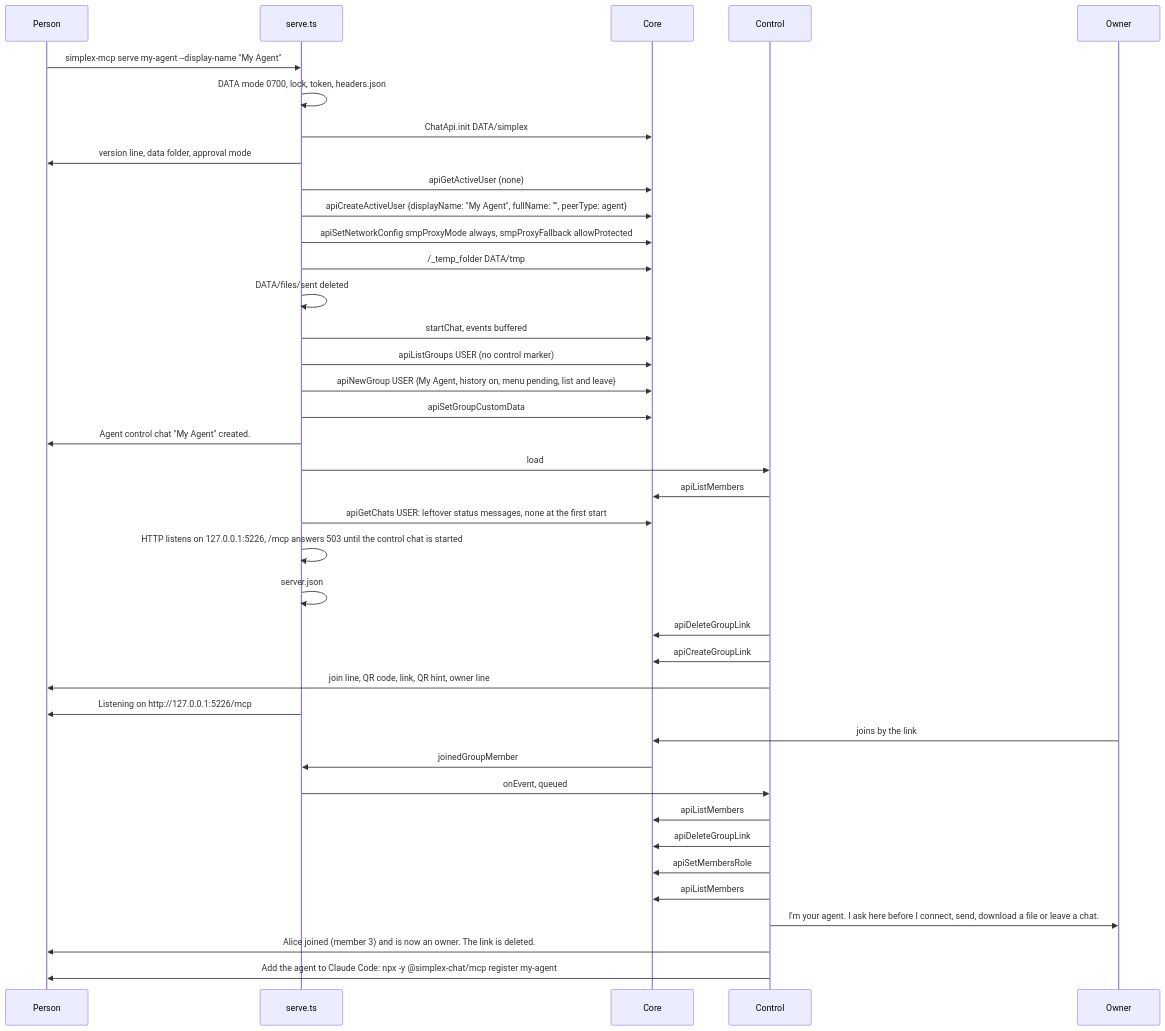
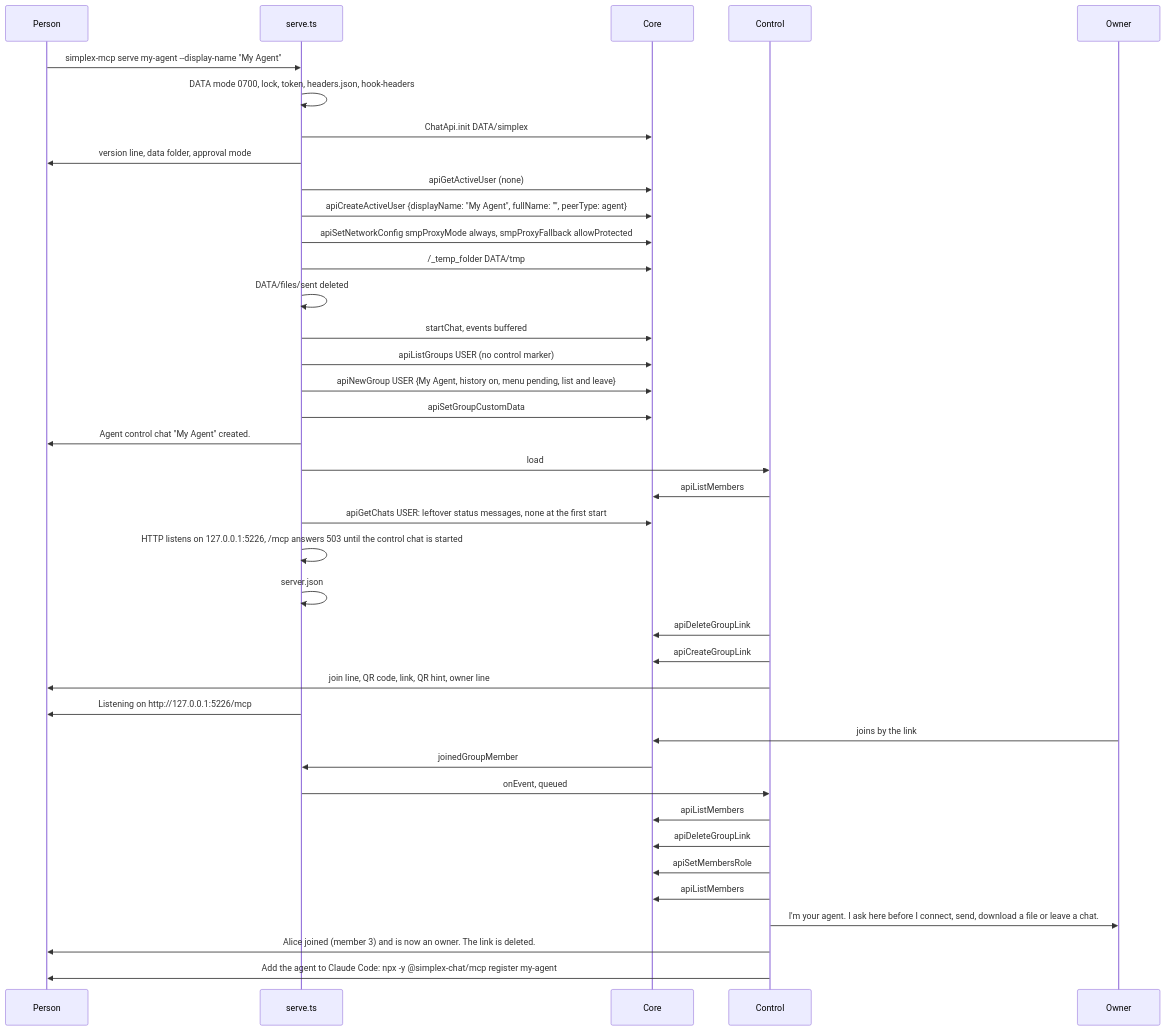
Before and after one commit to simplex-chat/simplex-chat: the first of 18 diagrams in packages/simplex-chat-mcp/spec/flows.md, drawn with Mermaid. The commit also changed other lines of this file and 7 other files, not shown here.

````diff
--- a/packages/simplex-chat-mcp/spec/flows.md
+++ b/packages/simplex-chat-mcp/spec/flows.md
@@ -51,41 +53,41 @@
 ```mermaid
 sequenceDiagram
   participant P as Person
   participant S as serve.ts
   participant C as Core
   participant K as Control
   participant O as Owner
   P->>S: simplex-mcp serve my-agent --display-name "My Agent"
-  S->>S: DATA mode 0700, lock, token, headers.json
+  S->>S: DATA mode 0700, lock, token, headers.json, hook-headers
   S->>C: ChatApi.init DATA/simplex
   S->>P: version line, data folder, approval mode
   S->>C: apiGetActiveUser (none)
   S->>C: apiCreateActiveUser {displayName: "My Agent", fullName: "", peerType: agent}
   S->>C: apiSetNetworkConfig smpProxyMode always, smpProxyFallback allowProtected
   S->>C: /_temp_folder DATA/tmp
   S->>S: DATA/files/sent deleted
   S->>C: startChat, events buffered
   S->>C: apiListGroups USER (no control marker)
   S->>C: apiNewGroup USER {My Agent, history on, menu pending, list and leave}
   S->>C: apiSetGroupCustomData #G {"simplexMcp":{"control":true,"nextAction":1}}
   S->>P: Agent control chat "My Agent" created.
   S->>K: load
   K->>C: apiListMembers #G
   S->>C: apiGetChats USER: leftover status messages, none at the first start
   S->>S: HTTP listens on 127.0.0.1:5226, /mcp answers 503 until the control chat is started
   S->>S: server.json
   K->>C: apiDeleteGroupLink #G (groupLinkNotFound ignored)
   K->>C: apiCreateGroupLink #G member
   K->>P: join line, QR code, link, QR hint, owner line
   S->>P: Listening on http://127.0.0.1:5226/mcp
   O->>C: joins by the link
   C->>S: joinedGroupMember
   S->>K: onEvent, queued
   K->>C: apiListMembers #G
   K->>C: apiDeleteGroupLink #G
   K->>C: apiSetMembersRole #G [3] owner
   K->>C: apiListMembers #G
   K->>O: I'm your agent. I ask here before I connect, send, download a file or leave a chat.
   K->>P: Alice joined (member 3) and is now an owner. The link is deleted.
   K->>P: Add the agent to Claude Code: npx -y @simplex-chat/mcp register my-agent
 ```
````
